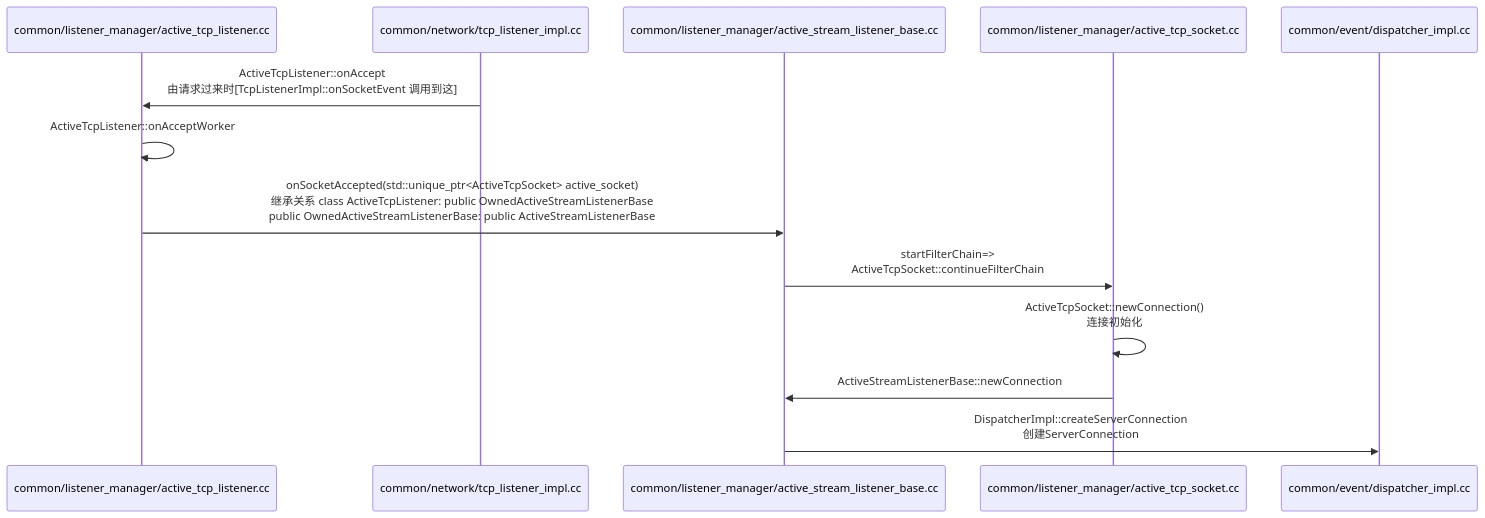
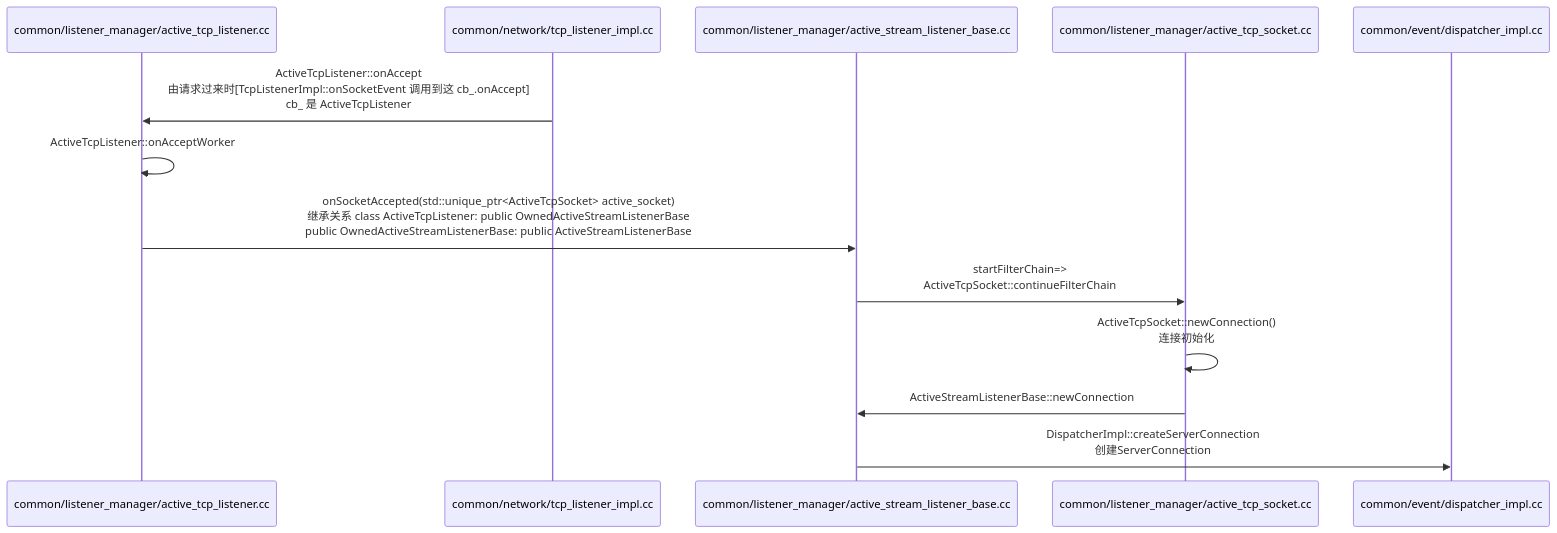
The sixth of 8 diagrams in envoy学习.md (apenben123/envoy), drawn with Mermaid before and after one commit. The commit also changed other lines of this file and 10 other files, not shown here.

````diff
--- a/envoy学习.md
+++ b/envoy学习.md
@@ -453,16 +445,16 @@
 ```mermaid
 sequenceDiagram
    participant active_tcp_listener.cc as common/listener_manager/active_tcp_listener.cc
    participant tcp_listener_impl.cc as common/network/tcp_listener_impl.cc
    participant active_stream_listener_base.cc as common/listener_manager/active_stream_listener_base.cc
    participant active_tcp_socket.cc as common/listener_manager/active_tcp_socket.cc
    participant dispatcher_impl.cc as common/event/dispatcher_impl.cc
 
-   tcp_listener_impl.cc->>active_tcp_listener.cc: ActiveTcpListener::onAccept <br/>由请求过来时[TcpListenerImpl::onSocketEvent 调用到这]
+   tcp_listener_impl.cc->>active_tcp_listener.cc: ActiveTcpListener::onAccept <br/>由请求过来时[TcpListenerImpl::onSocketEvent 调用到这 cb_.onAccept] <br/>cb_ 是 ActiveTcpListener
    active_tcp_listener.cc->>active_tcp_listener.cc: ActiveTcpListener::onAcceptWorker
    active_tcp_listener.cc->>active_stream_listener_base.cc: onSocketAccepted(std::unique_ptr<ActiveTcpSocket> active_socket) <br/>继承关系 class ActiveTcpListener: public OwnedActiveStreamListenerBase <br/>public OwnedActiveStreamListenerBase: public ActiveStreamListenerBase
    active_stream_listener_base.cc->>active_tcp_socket.cc: startFilterChain=><br/>ActiveTcpSocket::continueFilterChain
    active_tcp_socket.cc->>active_tcp_socket.cc: ActiveTcpSocket::newConnection() <br/>连接初始化
    active_tcp_socket.cc->>active_stream_listener_base.cc: ActiveStreamListenerBase::newConnection
    active_stream_listener_base.cc->>dispatcher_impl.cc: DispatcherImpl::createServerConnection <br/>创建ServerConnection
 ```
````
